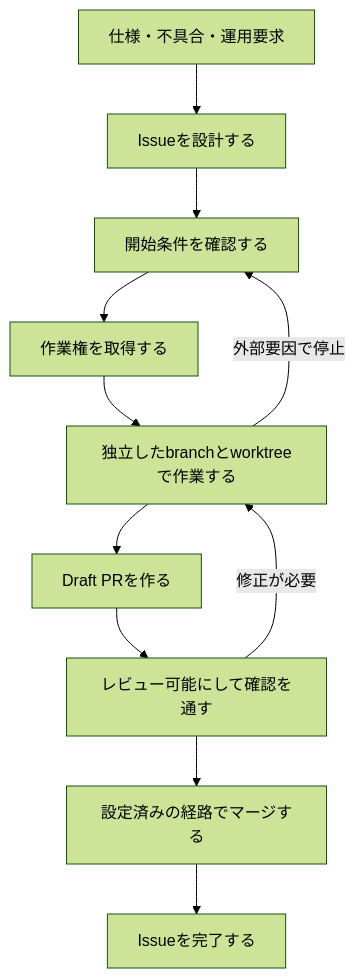
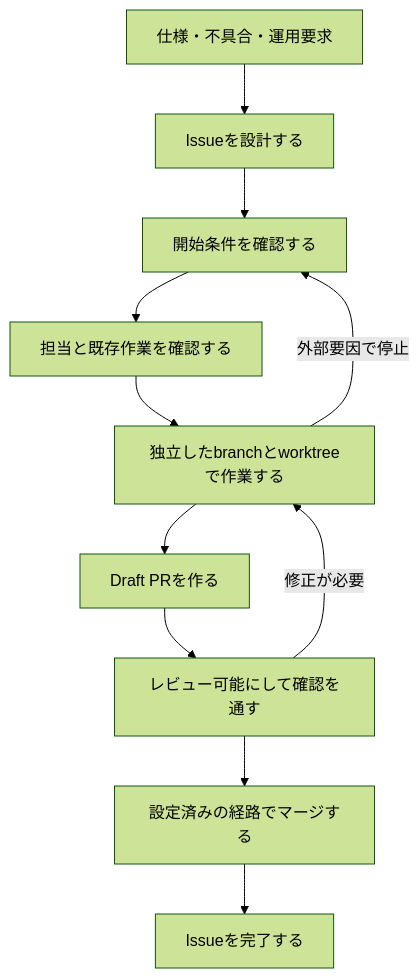
One commit to ReoHakase/skills changed the diagram in github-issue-pr-ops/SKILL.md. Above: the diagram before and after it, drawn with Mermaid (forest theme). The commit also changed other lines of this file and 21 other files, not shown here.

````diff
--- a/github-issue-pr-ops/SKILL.md
+++ b/github-issue-pr-ops/SKILL.md
@@ -80,23 +83,23 @@
 ```mermaid
 flowchart TD
     source["仕様・不具合・運用要求"]
     issuePlan["Issueを設計する"]
     readiness["開始条件を確認する"]
-    claim["作業権を取得する"]
+    assignment["担当と既存作業を確認する"]
     implementation["独立したbranchとworktreeで作業する"]
     draftPr["Draft PRを作る"]
     review["レビュー可能にして確認を通す"]
     merge["設定済みの経路でマージする"]
     complete["Issueを完了する"]
 
     source --> issuePlan
     issuePlan --> readiness
-    readiness --> claim
-    claim --> implementation
+    readiness --> assignment
+    assignment --> implementation
     implementation --> draftPr
     draftPr --> review
     review --> merge
     merge --> complete
     review -->|"修正が必要"| implementation
     implementation -->|"外部要因で停止"| readiness
 ```
````
